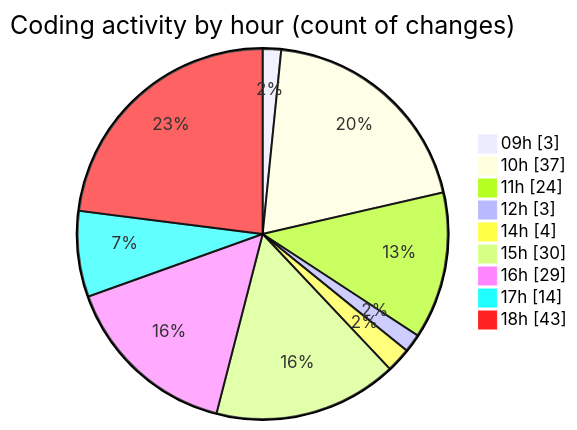
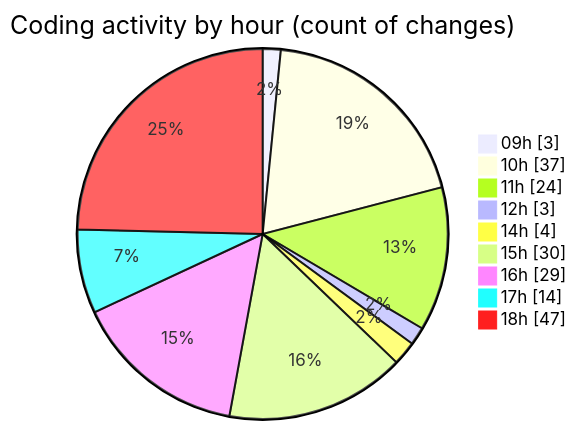
Before and after one commit to CELIANVF/code-tracking: the second of 2 diagrams in 2025-05-02/ecodeli/README.md, drawn with Mermaid. The commit also changed other lines of this file and 1 other file, not shown here.

````diff
--- a/2025-05-02/ecodeli/README.md
+++ b/2025-05-02/ecodeli/README.md
@@ -94,13 +97,13 @@
 ```mermaid
 pie showData
 title Coding activity by hour (count of changes)
 "09h" : 3
 "10h" : 37
 "11h" : 24
 "12h" : 3
 "14h" : 4
 "15h" : 30
 "16h" : 29
 "17h" : 14
-"18h" : 43
+"18h" : 47
 ```
````
